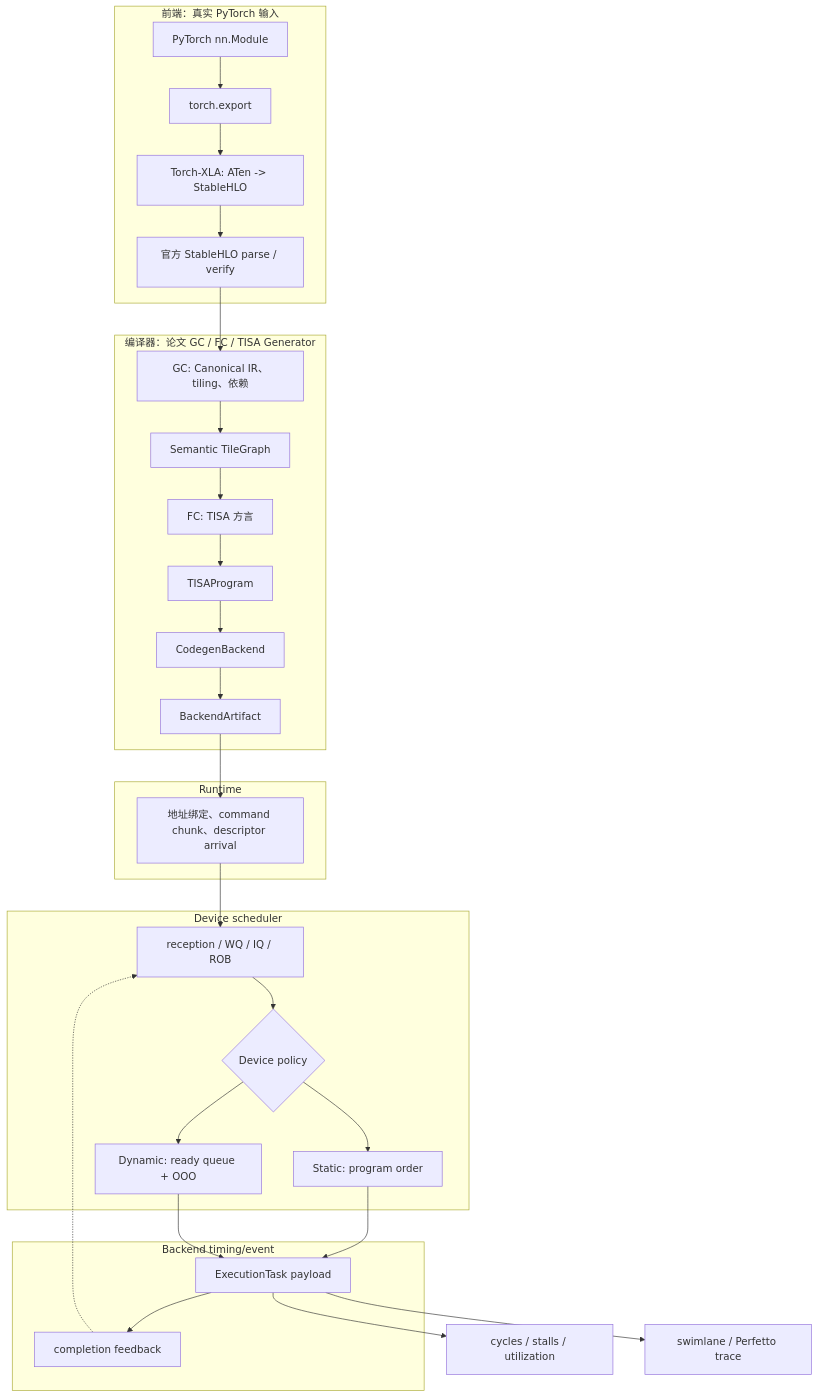
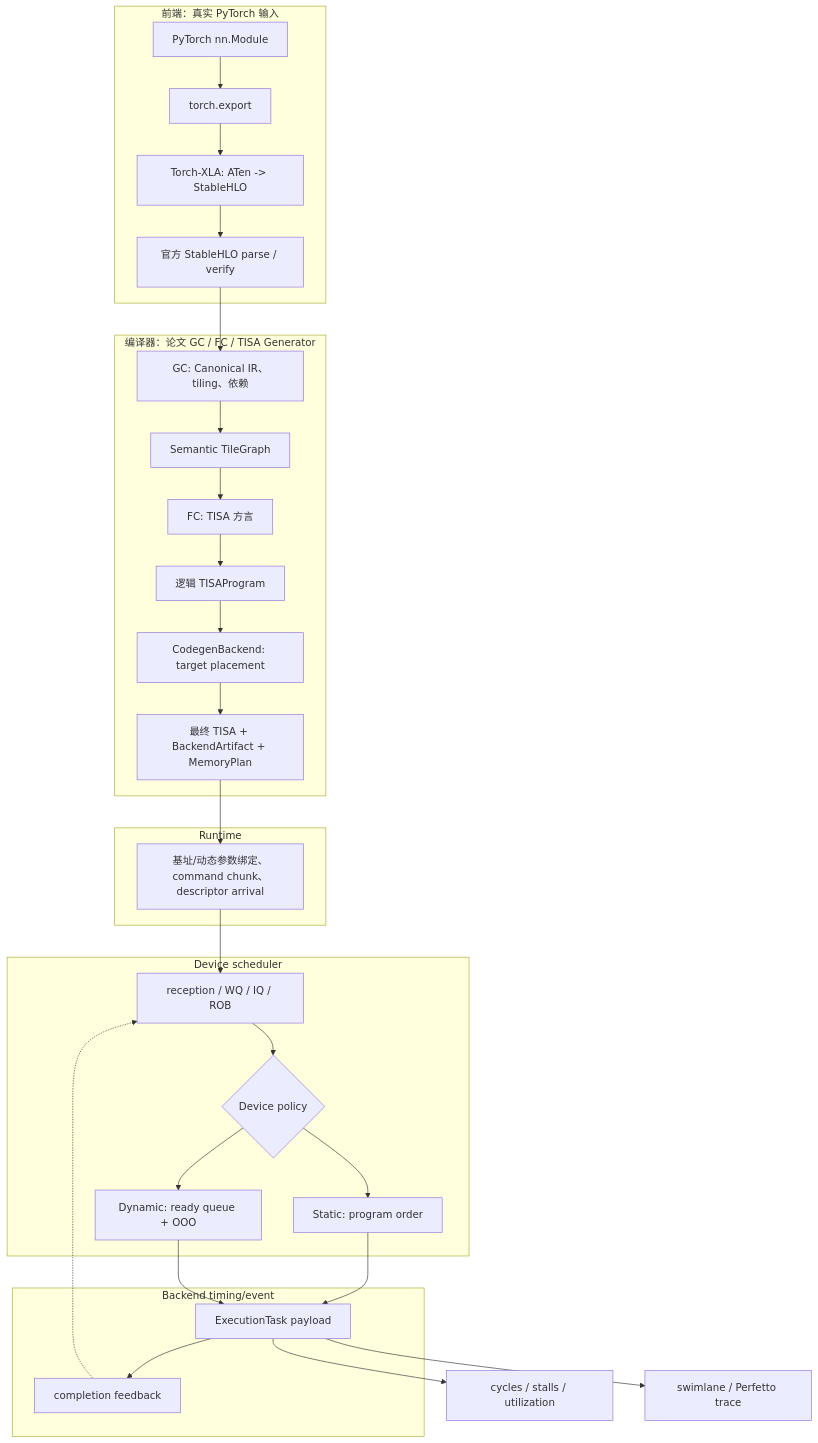
Before and after one commit to cxjiang-bk/npu-ooo-simulator: the diagram in docs/architecture.md, drawn with Mermaid. The commit also changed other lines of this file and 32 other files, not shown here.

Commit message:
fix: unify target memory planning and runtime bindings

````diff
--- a/docs/architecture.md
+++ b/docs/architecture.md
@@ -5,38 +5,38 @@
 ```mermaid
 flowchart TB
     subgraph Frontend[前端：真实 PyTorch 输入]
         A[PyTorch nn.Module] --> B[torch.export]
         B --> C[Torch-XLA: ATen -> StableHLO]
         C --> D[官方 StableHLO parse / verify]
     end
 
     subgraph Compiler[编译器：论文 GC / FC / TISA Generator]
         D --> E[GC: Canonical IR、tiling、依赖]
         E --> F[Semantic TileGraph]
         F --> G[FC: TISA 方言]
-        G --> H[TISAProgram]
-        H --> I[CodegenBackend]
-        I --> J[BackendArtifact]
+        G --> H[逻辑 TISAProgram]
+        H --> I[CodegenBackend: target placement]
+        I --> J[最终 TISA + BackendArtifact + MemoryPlan]
     end
 
     subgraph Runtime[Runtime]
-        J --> K[地址绑定、command chunk、descriptor arrival]
+        J --> K[基址/动态参数绑定、command chunk、descriptor arrival]
     end
 
     subgraph Device[Device scheduler]
         K --> L[reception / WQ / IQ / ROB]
         L --> M{Device policy}
         M --> N[Static: program order]
         M --> O[Dynamic: ready queue + OOO]
     end
 
     subgraph Backend[Backend timing/event]
         N --> P[ExecutionTask payload]
         O --> P
         P --> Q[completion feedback]
         Q -.-> L
     end
 
     P --> R[cycles / stalls / utilization]
     P --> S[swimlane / Perfetto trace]
 ```
````
